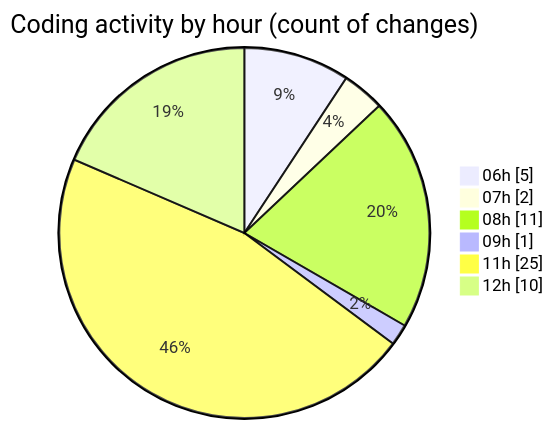
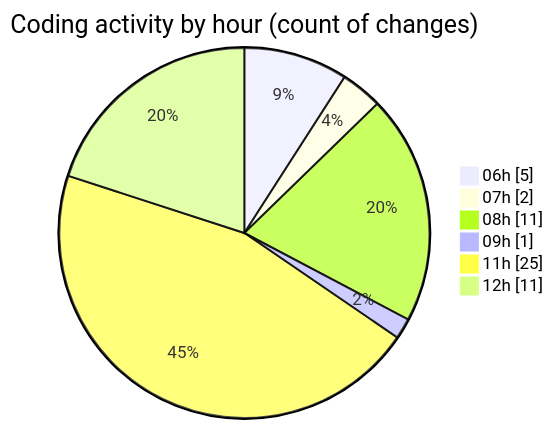
One commit to vahidmafi/code-tracking changed the second of 2 diagrams in 2025-04-17/zeytoon/README.md. Above: the diagram before and after it, drawn with Mermaid. The commit also changed other lines of this file and 1 other file, not shown here.

````diff
--- a/2025-04-17/zeytoon/README.md
+++ b/2025-04-17/zeytoon/README.md
@@ -40,10 +40,10 @@
 ```mermaid
 pie showData
 title Coding activity by hour (count of changes)
 "06h" : 5
 "07h" : 2
 "08h" : 11
 "09h" : 1
 "11h" : 25
-"12h" : 10
+"12h" : 11
 ```
````
